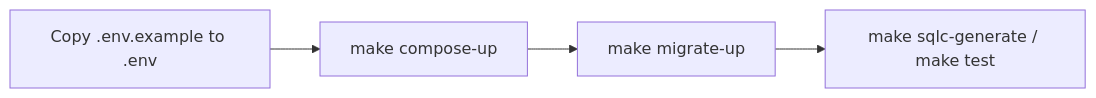
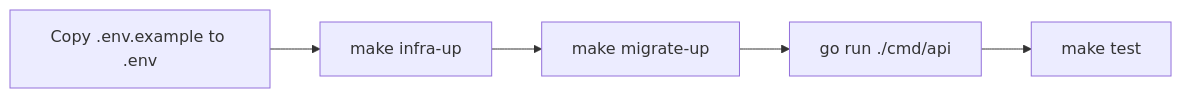
Before and after one commit to saulo-duarte/distributed-wallet-ledger: the diagram in docs/README.md, drawn with Mermaid. The commit also changed other lines of this file and 13 other files, not shown here.

Commit message:
docs: align README and architecture documentation

````diff
--- a/docs/README.md
+++ b/docs/README.md
@@ -34,6 +35,7 @@
 ```mermaid
 flowchart LR
-    Copy[Copy .env.example to .env] --> Compose[make compose-up]
-    Compose --> Migrate[make migrate-up]
-    Migrate --> Verify[make sqlc-generate / make test]
+    Copy[Copy .env.example to .env] --> Infra[make infra-up]
+    Infra --> Migrate[make migrate-up]
+    Migrate --> API[go run ./cmd/api]
+    API --> Verify[make test]
 ```
````
